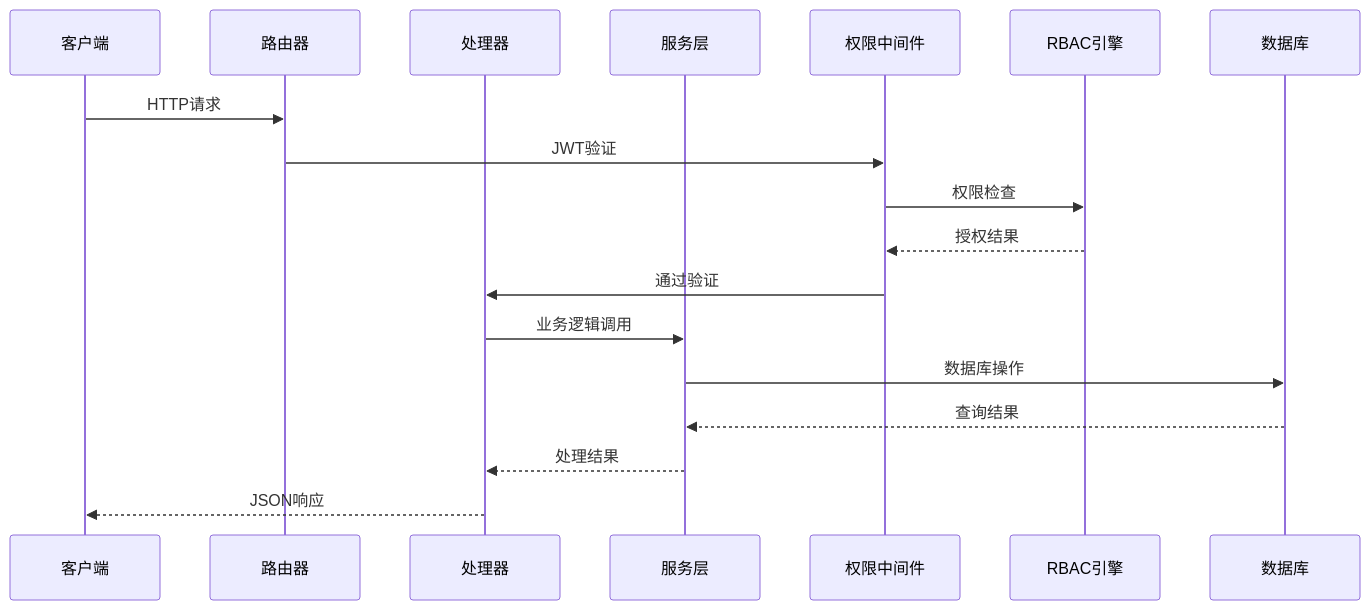
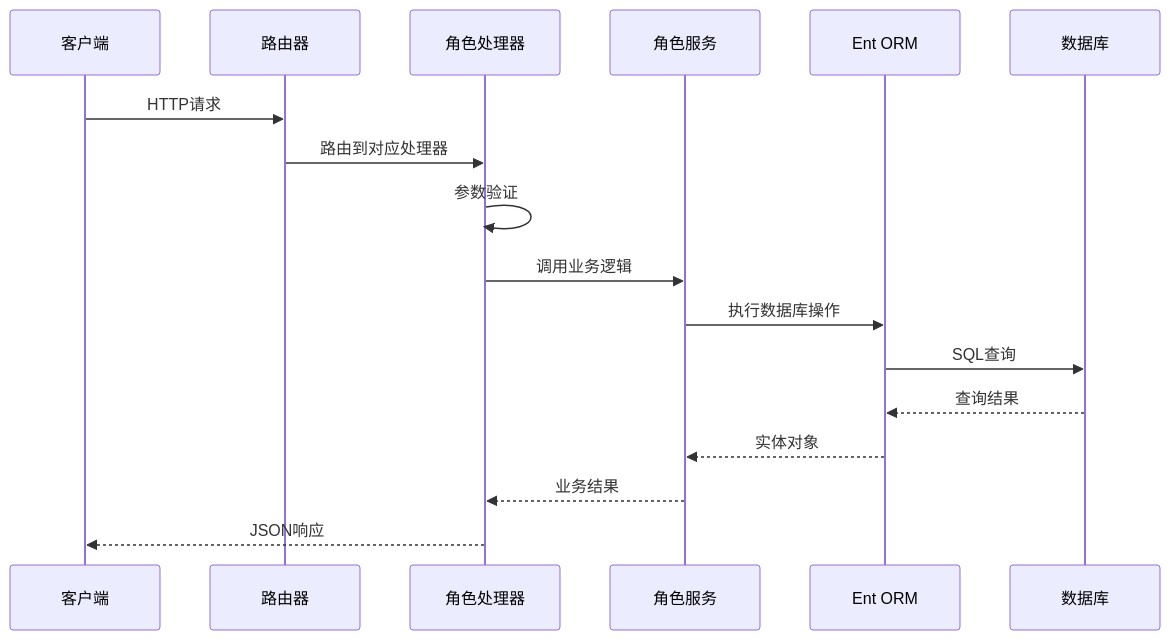
Before and after one commit to wuwuseo/e-sports-go-admin: the second of 5 diagrams in .qoder/repowiki/zh/content/API接口文档/角色管理接口.md, drawn with Mermaid. The commit also changed other lines of this file and 141 other files, not shown here.

````diff
--- a/.qoder/repowiki/zh/content/API接口文档/角色管理接口.md
+++ b/.qoder/repowiki/zh/content/API接口文档/角色管理接口.md
@@ -110,20 +114,19 @@
 ```mermaid
 sequenceDiagram
 participant Client as 客户端
 participant Router as 路由器
-participant Handler as 处理器
-participant Service as 服务层
-participant Middleware as 权限中间件
-participant RBAC as RBAC引擎
+participant Handler as 角色处理器
+participant Service as 角色服务
+participant ORM as Ent ORM
 participant DB as 数据库
 Client->>Router : HTTP请求
-Router->>Middleware : JWT验证
-Middleware->>RBAC : 权限检查
-RBAC-->>Middleware : 授权结果
-Middleware->>Handler : 通过验证
-Handler->>Service : 业务逻辑调用
-Service->>DB : 数据库操作
-DB-->>Service : 查询结果
-Service-->>Handler : 处理结果
+Router->>Handler : 路由到对应处理器
+Handler->>Handler : 参数验证
+Handler->>Service : 调用业务逻辑
+Service->>ORM : 执行数据库操作
+ORM->>DB : SQL查询
+DB-->>ORM : 查询结果
+ORM-->>Service : 实体对象
+Service-->>Handler : 业务结果
 Handler-->>Client : JSON响应
 ```
````
